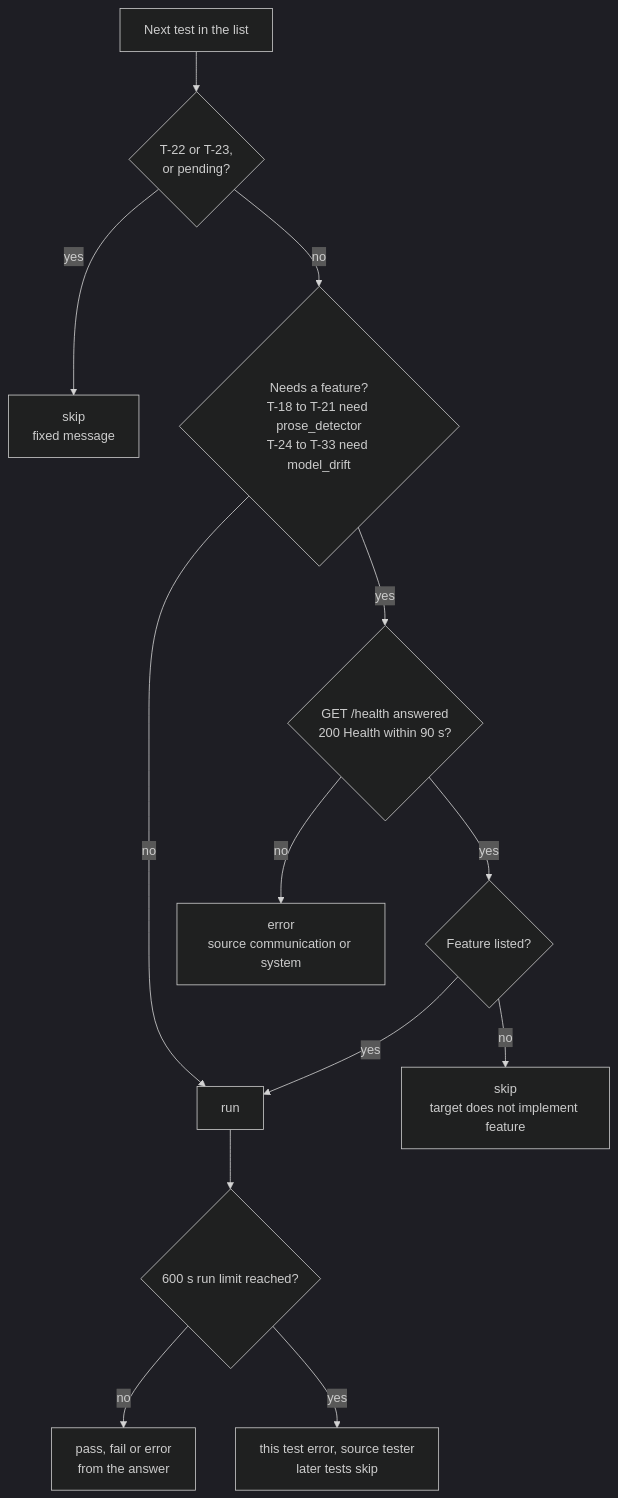
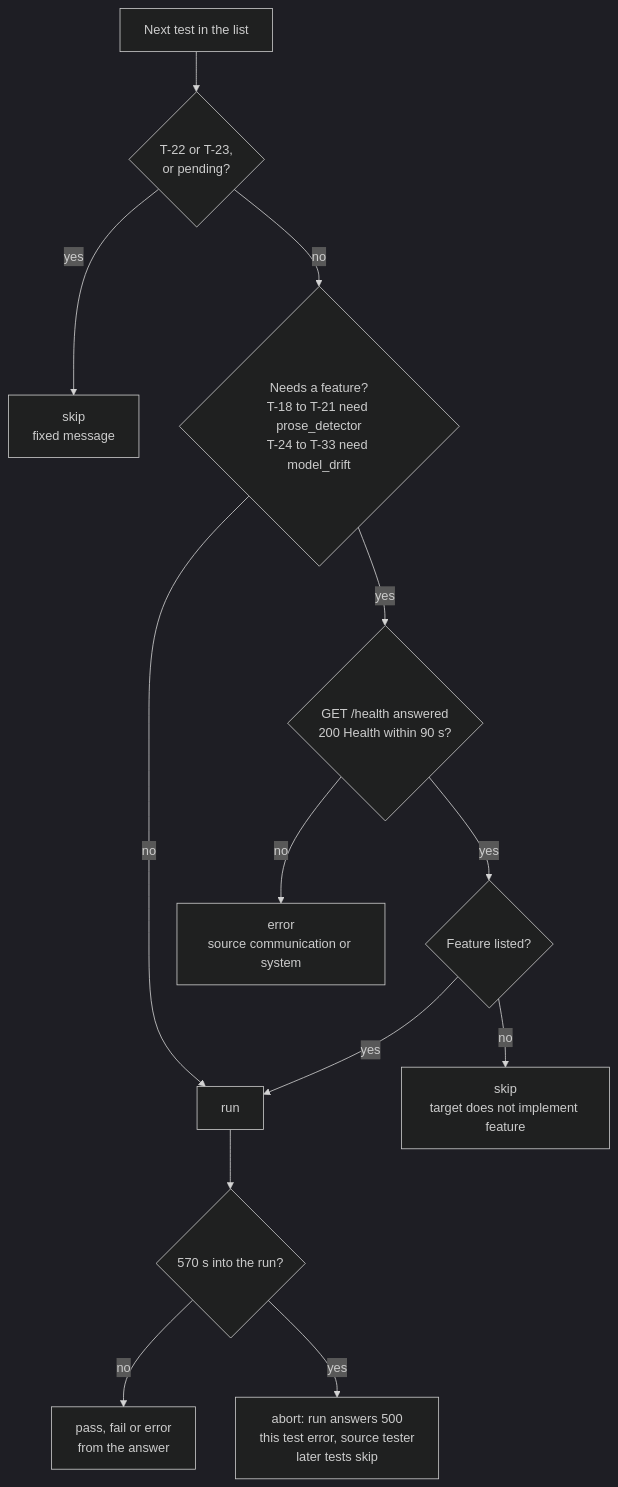
Before and after one commit to MuhammadSban/DocumentationModelDrifter: the second of 3 diagrams in docs/history/contract-2.4.0-changes.md, drawn with Mermaid (dark theme). The commit also changed other lines of this file and 6 other files, not shown here.

````diff
--- a/docs/history/contract-2.4.0-changes.md
+++ b/docs/history/contract-2.4.0-changes.md
@@ -87,15 +96,15 @@
 ```mermaid
 flowchart TD
     T["Next test in the list"] --> A{"T-22 or T-23,<br/>or pending?"}
     A -->|yes| SK1["skip<br/>fixed message"]
     A -->|no| B{"Needs a feature?<br/>T-18 to T-21 need prose_detector<br/>T-24 to T-33 need model_drift"}
     B -->|no| RUN["run"]
     B -->|yes| C{"GET /health answered<br/>200 Health within 90 s?"}
     C -->|no| ERR["error<br/>source communication or system"]
     C -->|yes| D{"Feature listed?"}
     D -->|yes| RUN
     D -->|no| SK2["skip<br/>target does not implement feature"]
-    RUN --> LIM{"600 s run limit reached?"}
+    RUN --> LIM{"570 s into the run?"}
     LIM -->|no| OUT["pass, fail or error<br/>from the answer"]
-    LIM -->|yes| STOP["this test error, source tester<br/>later tests skip"]
+    LIM -->|yes| STOP["abort: run answers 500<br/>this test error, source tester<br/>later tests skip"]
 ```
````
